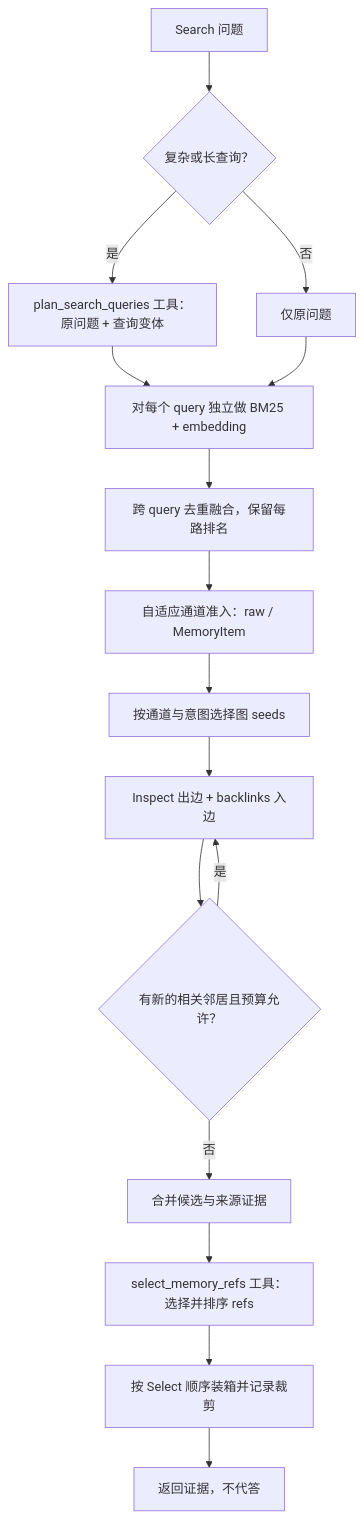
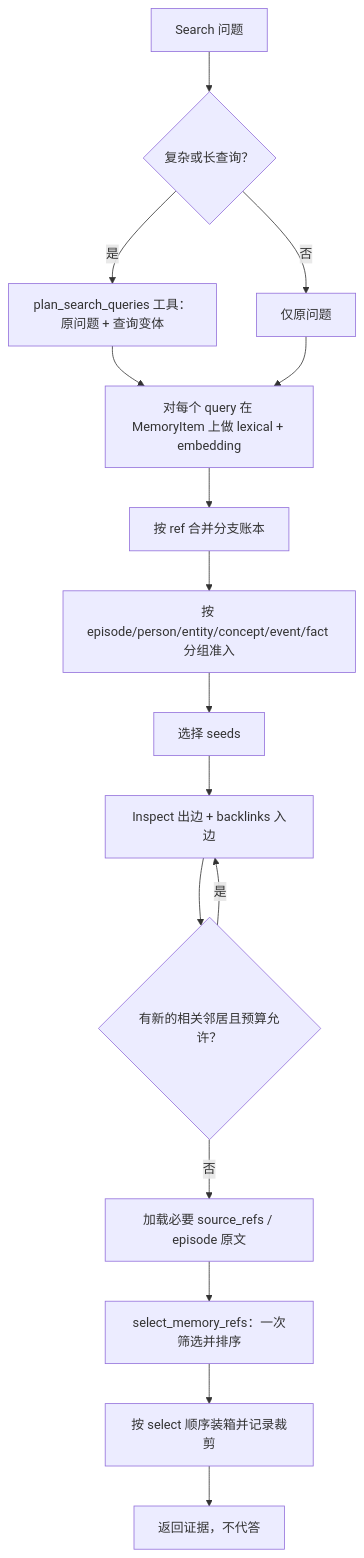
Before and after one commit to Graygoo7529/AM-Link: the second of 3 diagrams in docs/phase-2/method-improvement-plan.md, drawn with Mermaid. The commit also changed other lines of this file and 2 other files, not shown here.

````diff
--- a/docs/phase-2/method-improvement-plan.md
+++ b/docs/phase-2/method-improvement-plan.md
@@ -73,18 +73,18 @@
 ```mermaid
 flowchart TD
   A[Search 问题] --> B{复杂或长查询？}
   B -->|是| C[plan_search_queries 工具：原问题 + 查询变体]
   B -->|否| D[仅原问题]
-  C --> E[对每个 query 独立做 BM25 + embedding]
+  C --> E[对每个 query 在 MemoryItem 上做 lexical + embedding]
   D --> E
-  E --> F[跨 query 去重融合，保留每路排名]
-  F --> G[自适应通道准入：raw / MemoryItem]
-  G --> H[按通道与意图选择图 seeds]
+  E --> F[按 ref 合并分支账本]
+  F --> G[按 episode/person/entity/concept/event/fact 分组准入]
+  G --> H[选择 seeds]
   H --> I[Inspect 出边 + backlinks 入边]
   I --> J{有新的相关邻居且预算允许？}
   J -->|是| I
-  J -->|否| K[合并候选与来源证据]
-  K --> L[select_memory_refs 工具：选择并排序 refs]
-  L --> M[按 Select 顺序装箱并记录裁剪]
+  J -->|否| K[加载必要 source_refs / episode 原文]
+  K --> L[select_memory_refs：一次筛选并排序]
+  L --> M[按 select 顺序装箱并记录裁剪]
   M --> N[返回证据，不代答]
 ```
````
